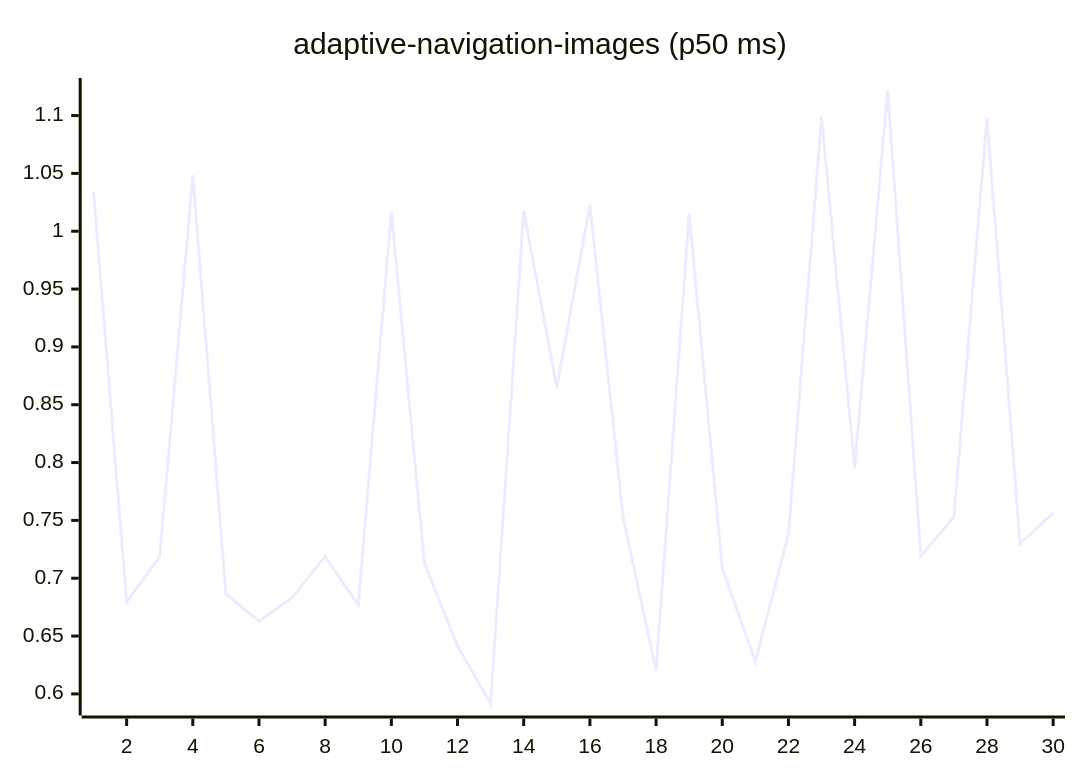
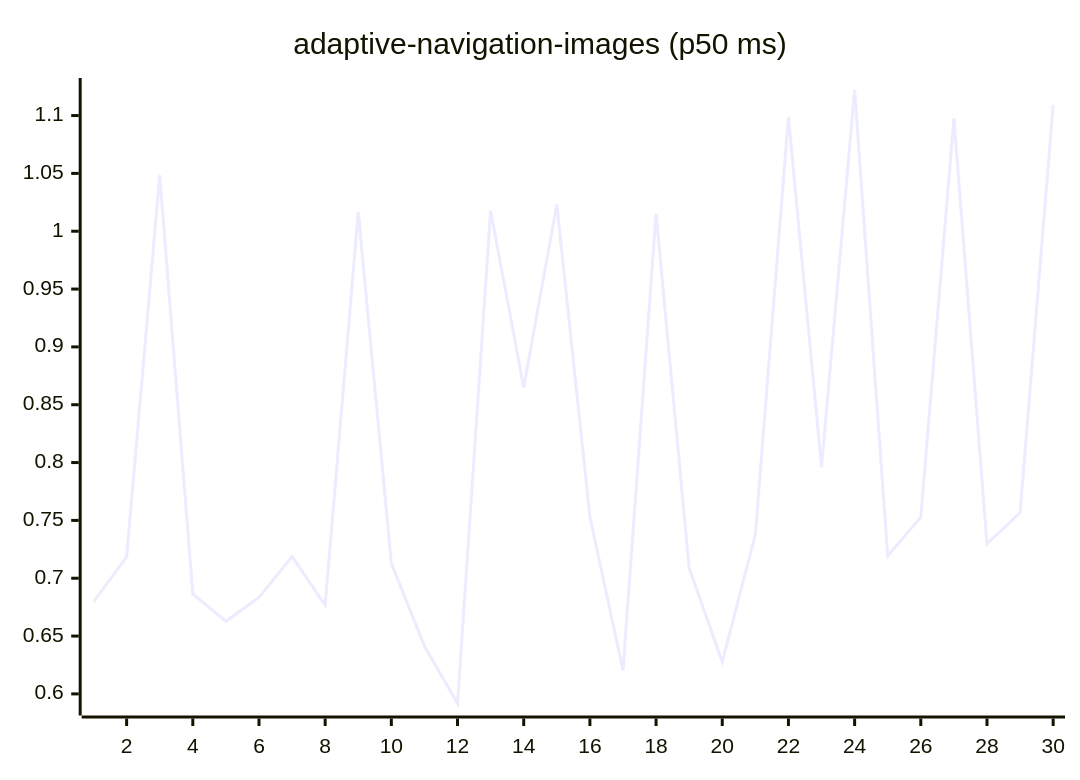
Before and after one commit to josha/Facet: the first of 27 diagrams in README.md, drawn with Mermaid. The commit also changed other lines of this file and 2 other files, not shown here.

````diff
--- a/README.md
+++ b/README.md
@@ -63,6 +63,6 @@
 ```mermaid
 xychart-beta
     title "adaptive-navigation-images (p50 ms)"
     x-axis 1 --> 30
-    line [1.0344, 0.6795, 0.7184, 1.0485, 0.6864, 0.6628, 0.6834, 0.7187, 0.6768, 1.0168, 0.7129, 0.6414, 0.5917, 1.0177, 0.8650, 1.0232, 0.7532, 0.6203, 1.0152, 0.7086, 0.6277, 0.7378, 1.0988, 0.7959, 1.1221, 0.7192, 0.7528, 1.0977, 0.7298, 0.7565]
+    line [0.6795, 0.7184, 1.0485, 0.6864, 0.6628, 0.6834, 0.7187, 0.6768, 1.0168, 0.7129, 0.6414, 0.5917, 1.0177, 0.8650, 1.0232, 0.7532, 0.6203, 1.0152, 0.7086, 0.6277, 0.7378, 1.0988, 0.7959, 1.1221, 0.7192, 0.7528, 1.0977, 0.7298, 0.7565, 1.1093]
 ```
````
